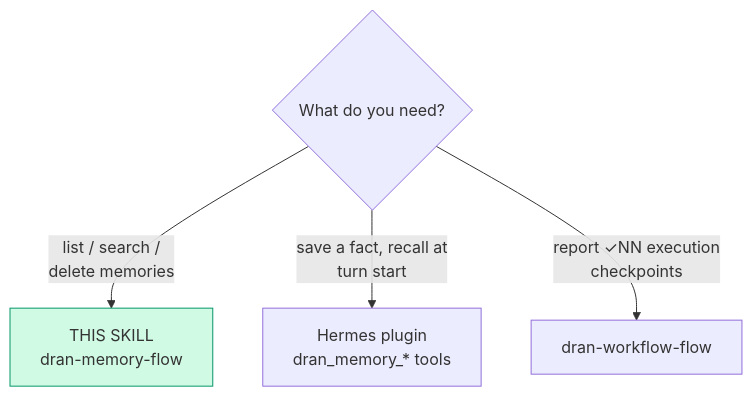
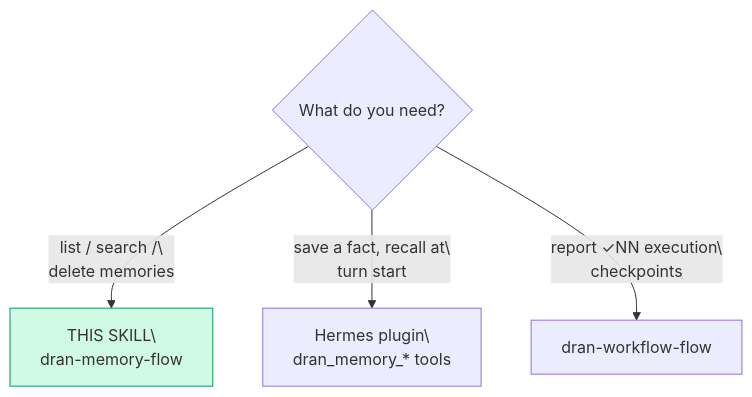
The first of 2 diagrams in skills/dran-memory-flow/SKILL.md (alvarolizama/dran), drawn with Mermaid before and after one commit. The commit also changed other lines of this file and 4 other files, not shown here.

````diff
--- a/skills/dran-memory-flow/SKILL.md
+++ b/skills/dran-memory-flow/SKILL.md
@@ -23,8 +23,13 @@
 ```mermaid
 flowchart TD
-  Q{What do you need?} -->|"list / search /\ndelete memories"| SELF["THIS SKILL\ndran-memory-flow"]
-  Q -->|"save a fact, recall at\nturn start"| P["Hermes plugin\ndran_memory_* tools"]
-  Q -->|"report ✓NN execution\ncheckpoints"| W[dran-workflow-flow]
+  Q{What do you need?} -->|"list / search /\
+delete memories"| SELF["THIS SKILL\
+dran-memory-flow"]
+  Q -->|"save a fact, recall at\
+turn start"| P["Hermes plugin\
+dran_memory_* tools"]
+  Q -->|"report ✓NN execution\
+checkpoints"| W[dran-workflow-flow]
 
   style SELF fill:#d1fae5,stroke:#059669
 ```
````
